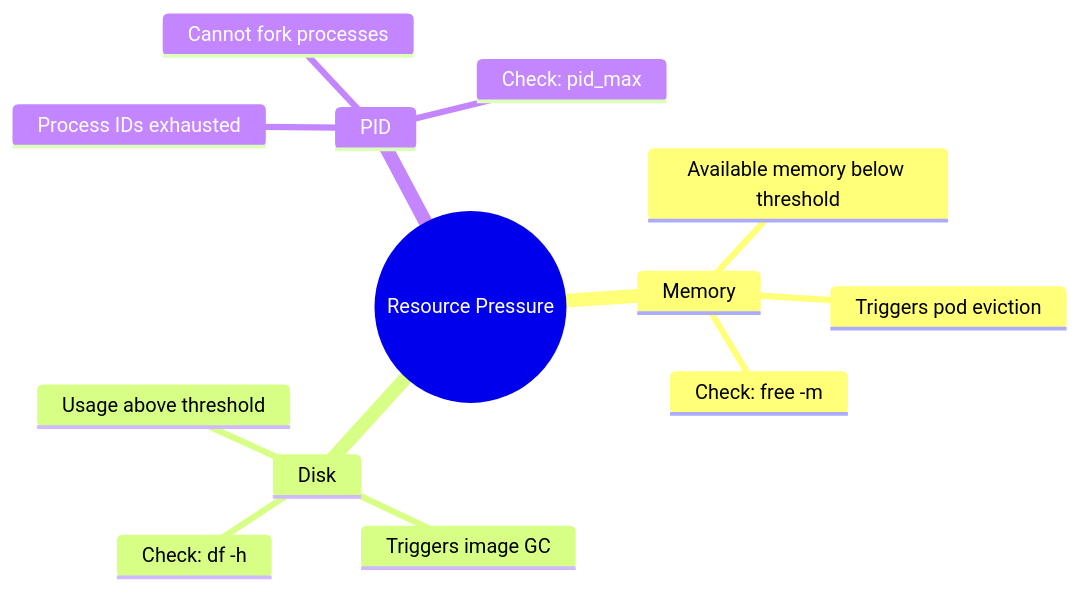
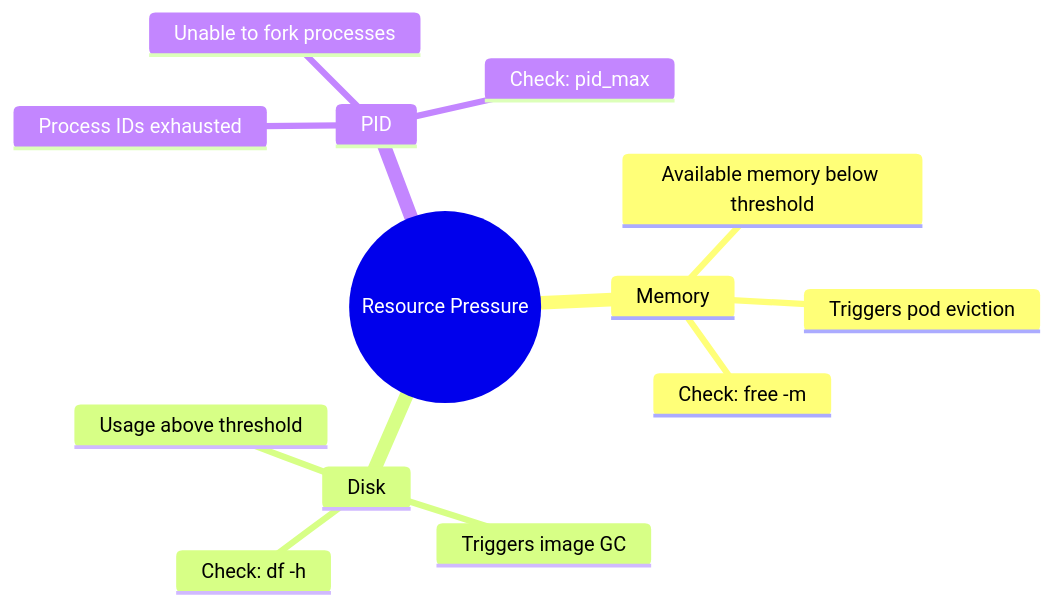
One commit to krisztiankoos/kubedojo changed the fourth of 7 diagrams in src/content/docs/k8s/cka/part5-troubleshooting/module-5.4-worker-nodes.md. Above: the diagram before and after it, drawn with Mermaid. The commit also changed other lines of this file, not shown here.

````diff
--- a/src/content/docs/k8s/cka/part5-troubleshooting/module-5.4-worker-nodes.md
+++ b/src/content/docs/k8s/cka/part5-troubleshooting/module-5.4-worker-nodes.md
@@ -297,16 +292,16 @@
 ```mermaid
 mindmap
   root((Resource Pressure))
     Memory
       Available memory below threshold
       Triggers pod eviction
       Check: free -m
     Disk
       Usage above threshold
       Triggers image GC
       Check: df -h
     PID
       Process IDs exhausted
-      Cannot fork processes
+      Unable to fork processes
       Check: pid_max
 ```
````
